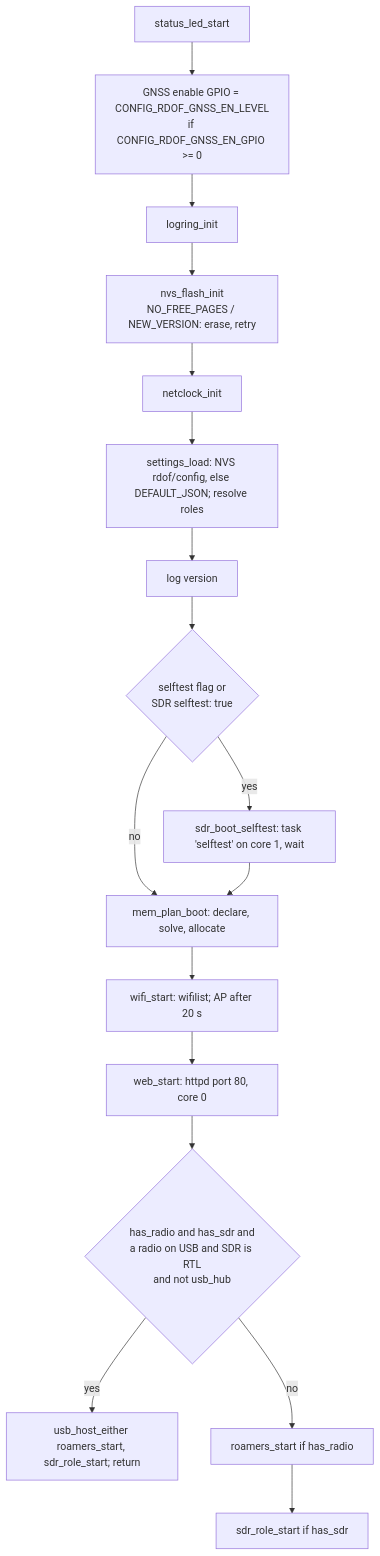
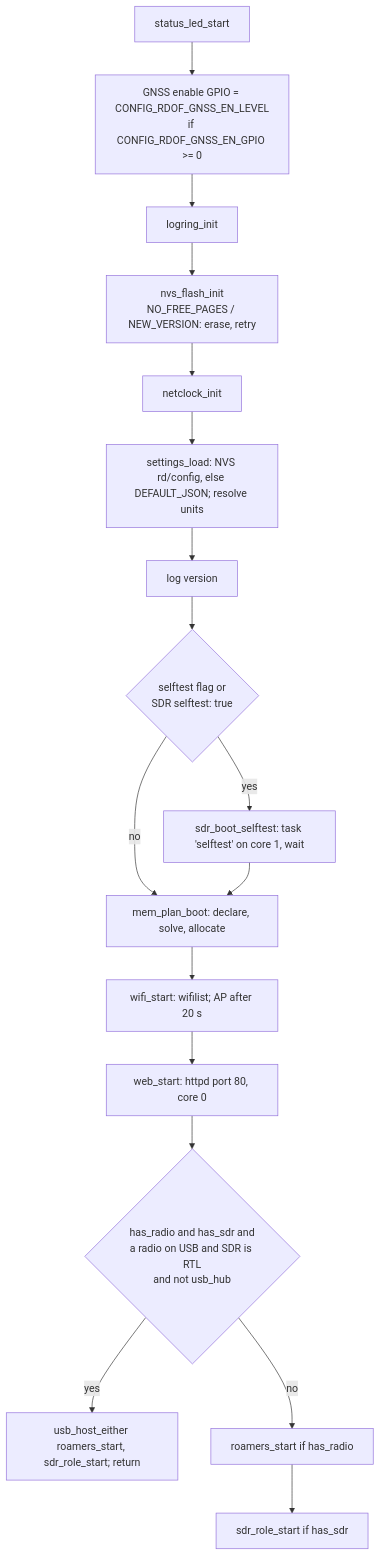
One commit to RadioFoundry/RadioFoundryGateway changed the first of 4 diagrams in docs/spec/fw/overview.md. Above: the diagram before and after it, drawn with Mermaid. The commit also changed other lines of this file and 98 other files, not shown here.

````diff
--- a/docs/spec/fw/overview.md
+++ b/docs/spec/fw/overview.md
@@ -80,19 +177,19 @@
 ```mermaid
 flowchart TD
   A[status_led_start] --> B[GNSS enable GPIO = CONFIG_RDOF_GNSS_EN_LEVEL<br/>if CONFIG_RDOF_GNSS_EN_GPIO >= 0]
   B --> C[logring_init]
   C --> D[nvs_flash_init<br/>NO_FREE_PAGES / NEW_VERSION: erase, retry]
   D --> E[netclock_init]
-  E --> F[settings_load: NVS rdof/config, else DEFAULT_JSON; resolve roles]
+  E --> F[settings_load: NVS rd/config, else DEFAULT_JSON; resolve units]
   F --> G[log version]
   G --> H{selftest flag or<br/>SDR selftest: true}
   H -- yes --> H1[sdr_boot_selftest: task 'selftest' on core 1, wait]
   H -- no --> P
   H1 --> P[mem_plan_boot: declare, solve, allocate]
   P --> I[wifi_start: wifilist; AP after 20 s]
   I --> J[web_start: httpd port 80, core 0]
   J --> K{has_radio and has_sdr and<br/>a radio on USB and SDR is RTL<br/>and not usb_hub}
   K -- yes --> L[usb_host_either roamers_start, sdr_role_start; return]
   K -- no --> M[roamers_start if has_radio]
   M --> N[sdr_role_start if has_sdr]
 ```
````
